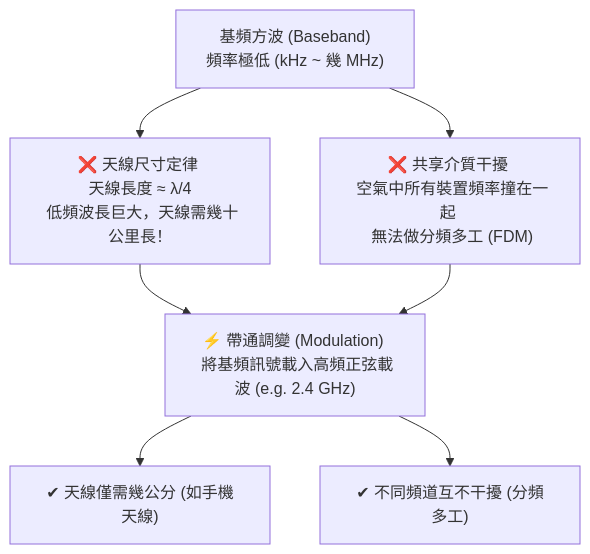
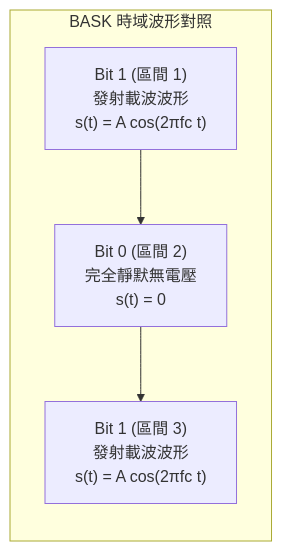
The third of 14 diagrams in docs/physical-layer/modulation.md (ralin3233/network-note), drawn with Mermaid before and after one commit. The commit also changed other lines of this file and 9 other files, not shown here.

````diff
--- a/docs/physical-layer/modulation.md
+++ b/docs/physical-layer/modulation.md
@@ -11,11 +63,6 @@
 ```mermaid
-graph TD
-    A["基頻方波 (Baseband) <br> 頻率極低 (kHz ~ 幾 MHz)"] --> B["❌ 天線尺寸定律 <br> 天線長度 ≈ λ/4 <br> 低頻波長巨大，天線需幾十公里長！"]
-    A --> C["❌ 共享介質干擾 <br> 空氣中所有裝置頻率撞在一起 <br> 無法做分頻多工 (FDM)"]
-    
-    MOD["⚡ 帶通調變 (Modulation) <br> 將基頻訊號載入高頻正弦載波 (e.g. 2.4 GHz)"]
-    B --> MOD
-    C --> MOD
-    MOD --> D["✔ 天線僅需幾公分 (如手機天線)"]
-    MOD --> E["✔ 不同頻道互不干擾 (分頻多工)"]
+graph LR
+    subgraph SG_BASK ["BASK 時域波形對照"]
+    T1["Bit 1 (區間 1)<br/>發射載波波形<br/>s(t) = A cos(2πfc t)"] --> T2["Bit 0 (區間 2)<br/>完全靜默無電壓<br/>s(t) = 0"] --> T3["Bit 1 (區間 3)<br/>發射載波波形<br/>s(t) = A cos(2πfc t)"]
+    end
 ```
````
